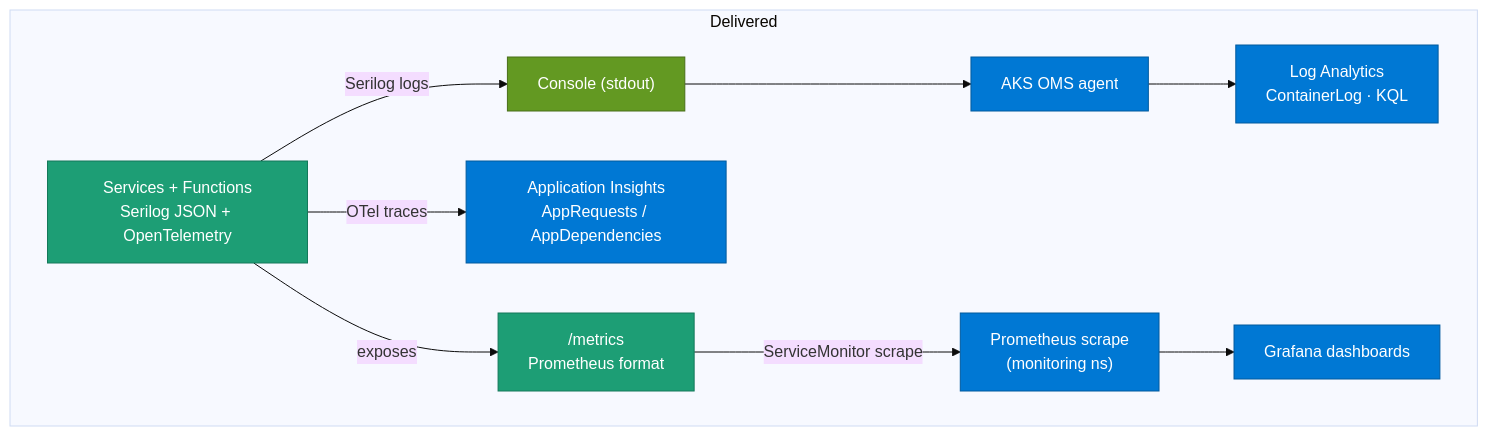
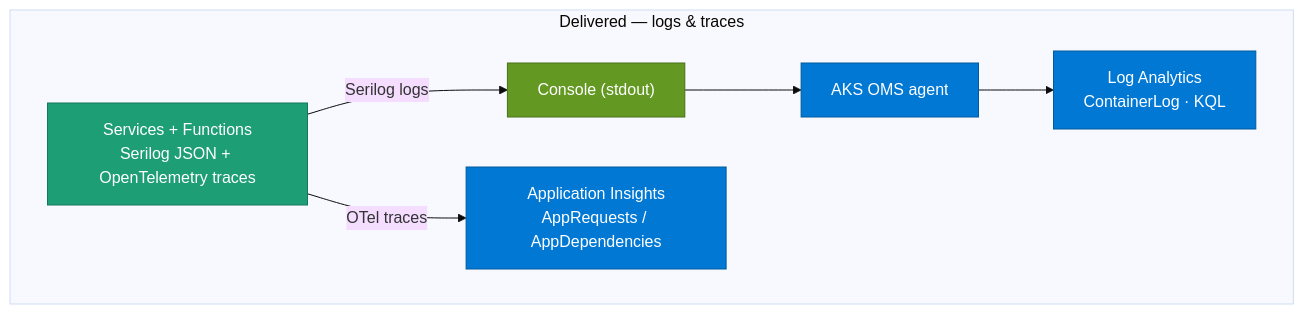
The diagram in docs/development/5-observability.md (seesathish/AntKart-Src3), drawn with Mermaid (base theme) before and after one commit. The commit also changed other lines of this file and 28 other files, not shown here.

````diff
--- a/docs/development/5-observability.md
+++ b/docs/development/5-observability.md
@@ -7,27 +7,22 @@
 ```mermaid
 flowchart TD
-    subgraph DELIVERED["Delivered"]
-        SVC["Services + Functions<br/>Serilog JSON + OpenTelemetry"]:::service
+    subgraph DELIVERED["Delivered — logs & traces"]
+        SVC["Services + Functions<br/>Serilog JSON + OpenTelemetry traces"]:::service
         CON["Console (stdout)"]:::cicd
         OMS["AKS OMS agent"]:::paas
         LA["Log Analytics<br/>ContainerLog · KQL"]:::paas
         AI["Application Insights<br/>AppRequests / AppDependencies"]:::paas
-        METRICS["/metrics<br/>Prometheus format"]:::service
-        PROM["Prometheus scrape<br/>(monitoring ns)"]:::paas
-        GRAF["Grafana dashboards"]:::paas
     end
 
     SVC -->|"Serilog logs"| CON --> OMS --> LA
     SVC -->|"OTel traces"| AI
-    SVC -->|"exposes"| METRICS
-    METRICS -->|"ServiceMonitor scrape"| PROM --> GRAF
 
     classDef external fill:#B4B2A9,stroke:#7A7870,color:#111,stroke-dasharray:4 3;
     classDef service fill:#1D9E75,stroke:#14795A,color:#FFF;
     classDef paas fill:#0078D4,stroke:#005A9E,color:#FFF;
     classDef datastore fill:#185FA5,stroke:#0F3F6E,color:#FFF;
     classDef identity fill:#BA7517,stroke:#8A560F,color:#FFF;
     classDef edge fill:#7F77DD,stroke:#5B52B8,color:#FFF;
     classDef cicd fill:#639922,stroke:#496F18,color:#FFF;
     classDef issue fill:none,stroke:#E24B4A,color:#E24B4A,stroke-dasharray:5 4;
 ```
````
